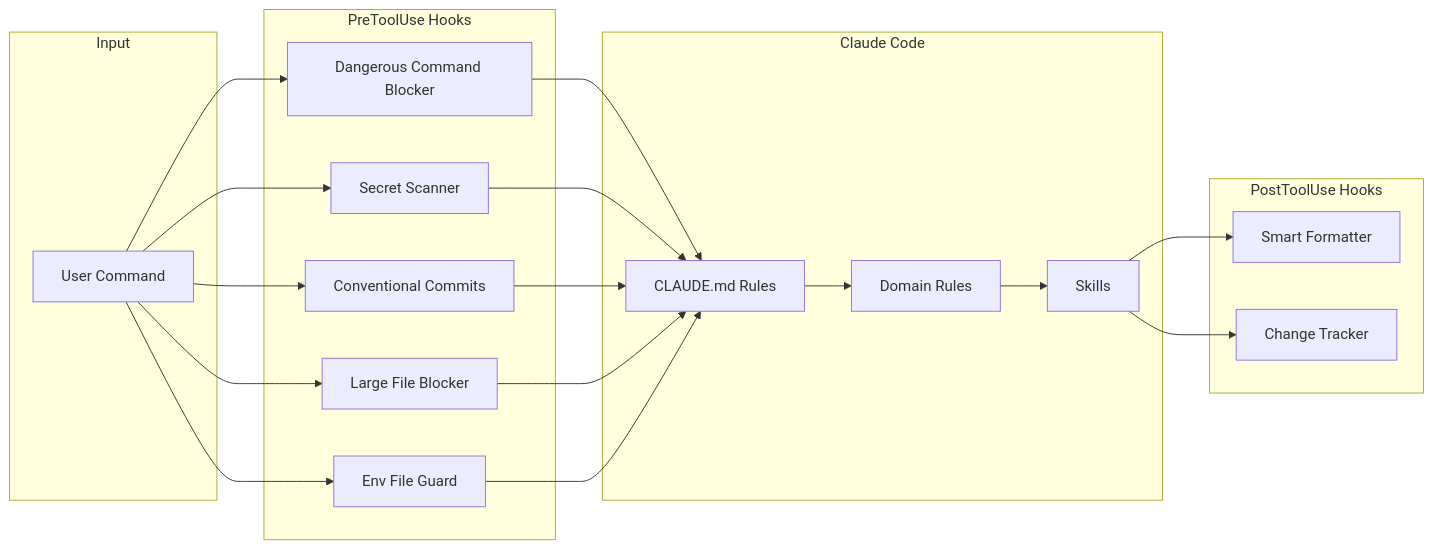
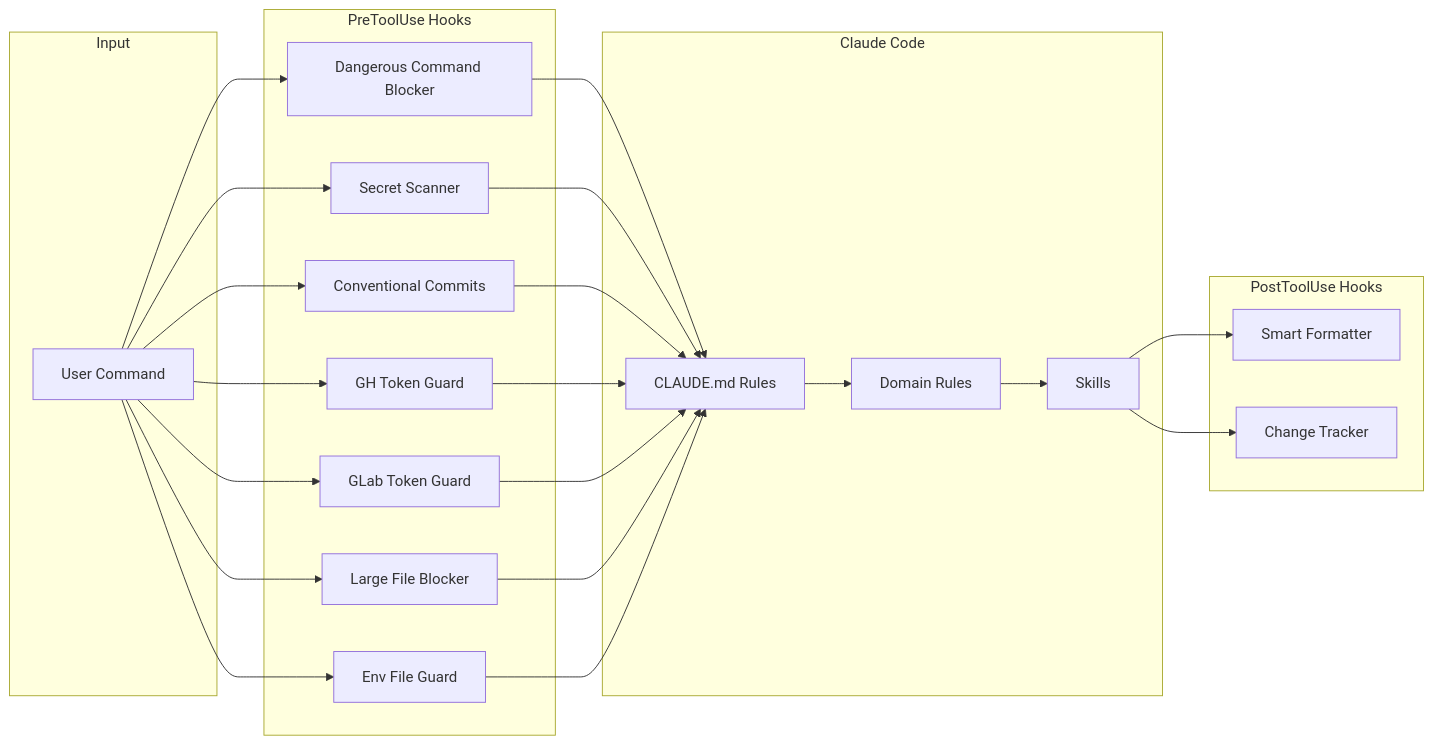
One commit to gufranco/claude-engineering-rules changed the diagram in README.md. Above: the diagram before and after it, drawn with Mermaid. The commit also changed other lines of this file and 2 other files, not shown here.

````diff
--- a/README.md
+++ b/README.md
@@ -76,27 +77,29 @@
 ```mermaid
 graph LR
     subgraph Input
         A[User Command]
     end
     subgraph PreToolUse Hooks
         B[Dangerous Command Blocker]
         C[Secret Scanner]
         D[Conventional Commits]
+        B2[GH Token Guard]
+        B3[GLab Token Guard]
         E2[Large File Blocker]
         F2[Env File Guard]
     end
     subgraph Claude Code
         E[CLAUDE.md Rules]
         F[Domain Rules]
         G[Skills]
     end
     subgraph PostToolUse Hooks
         H[Smart Formatter]
         I[Change Tracker]
     end
-    A --> B & C & D & E2 & F2
-    B & C & D & E2 & F2 --> E
+    A --> B & C & D & B2 & B3 & E2 & F2
+    B & C & D & B2 & B3 & E2 & F2 --> E
     E --> F
     F --> G
     G --> H & I
 ```
````
